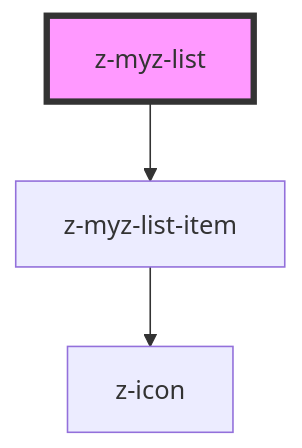
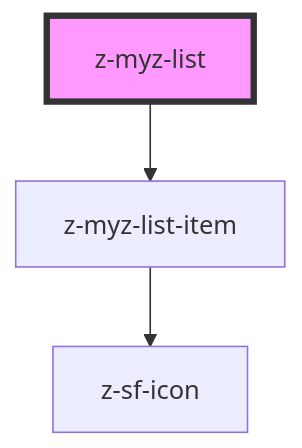
The diagram in src/snowflakes/myz/list/z-myz-list/readme.md (ZanichelliEditore/design-system), drawn with Mermaid before and after one commit. The commit also changed 25 other files, not shown here.

````diff
--- a/src/snowflakes/myz/list/z-myz-list/readme.md
+++ b/src/snowflakes/myz/list/z-myz-list/readme.md
@@ -29,6 +29,6 @@
 ```mermaid
 graph TD;
   z-myz-list --> z-myz-list-item
-  z-myz-list-item --> z-icon
+  z-myz-list-item --> z-sf-icon
   style z-myz-list fill:#f9f,stroke:#333,stroke-width:4px
 ```
````
